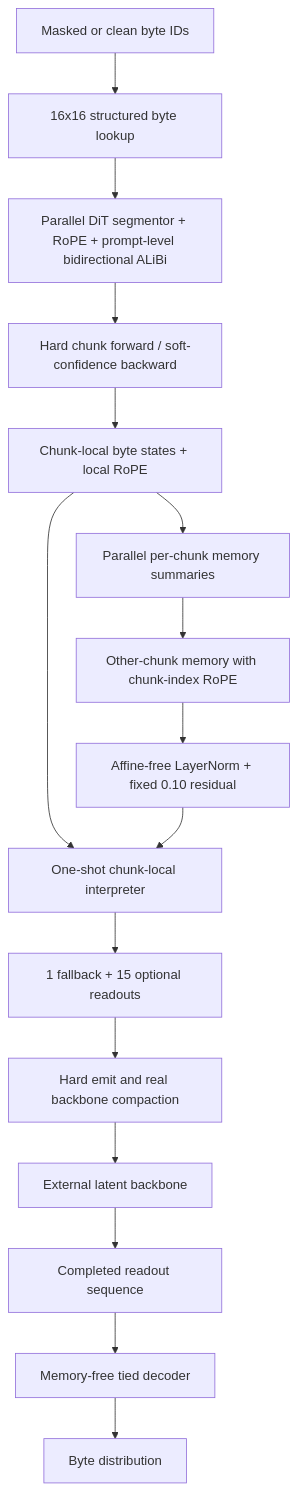
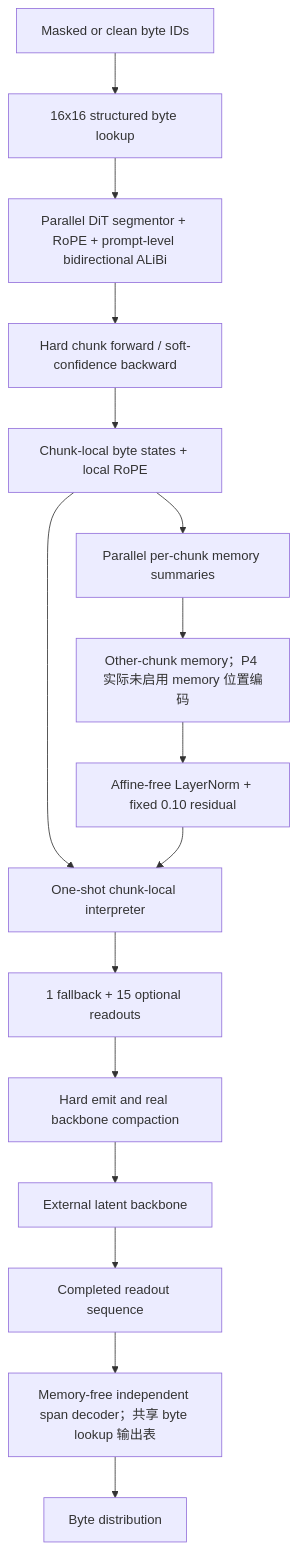
Before and after one commit to wdd9700/FLUED: the second of 2 diagrams in docs/versions/v3.4/FLUED_V3_4_MEMORY_POSITION_20K_ANALYSIS_20260713_CN.md, drawn with Mermaid. The commit also changed other lines of this file and 49 other files, not shown here.

````diff
--- a/docs/versions/v3.4/FLUED_V3_4_MEMORY_POSITION_20K_ANALYSIS_20260713_CN.md
+++ b/docs/versions/v3.4/FLUED_V3_4_MEMORY_POSITION_20K_ANALYSIS_20260713_CN.md
@@ -113,18 +118,18 @@
 ```mermaid
 flowchart TD
     A["Masked or clean byte IDs"] --> B["16x16 structured byte lookup"]
     B --> C["Parallel DiT segmentor + RoPE + prompt-level bidirectional ALiBi"]
     C --> D["Hard chunk forward / soft-confidence backward"]
     D --> E["Chunk-local byte states + local RoPE"]
     E --> M["Parallel per-chunk memory summaries"]
-    M --> P["Other-chunk memory with chunk-index RoPE"]
+    M --> P["Other-chunk memory；P4 实际未启用 memory 位置编码"]
     P --> N["Affine-free LayerNorm + fixed 0.10 residual"]
     E --> I["One-shot chunk-local interpreter"]
     N --> I
     I --> R["1 fallback + 15 optional readouts"]
     R --> G["Hard emit and real backbone compaction"]
     G --> H["External latent backbone"]
     H --> Z["Completed readout sequence"]
-    Z --> X["Memory-free tied decoder"]
+    Z --> X["Memory-free independent span decoder；共享 byte lookup 输出表"]
     X --> Y["Byte distribution"]
 ```
````
